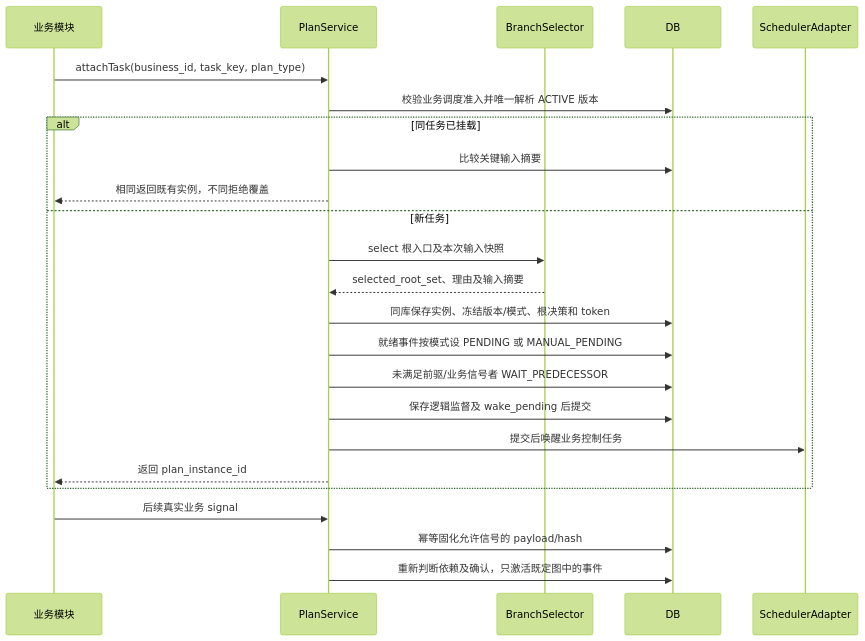
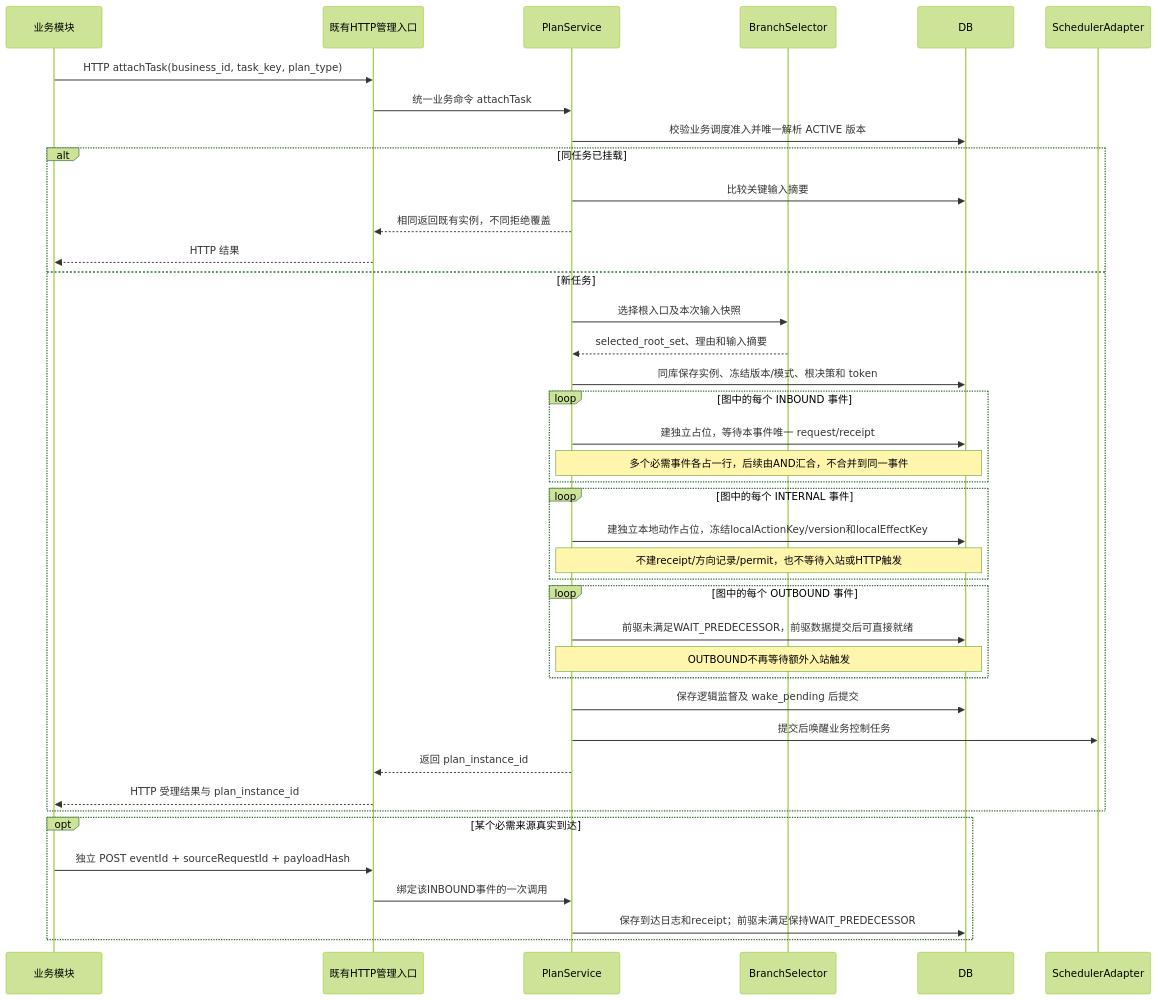
Before and after one commit to Yohmien/innolux-iws: the third of 36 diagrams in docs/plan-event-state-machine-sequences.md, drawn with Mermaid (forest theme). The commit also changed other lines of this file and 3 other files, not shown here.

Commit message:
docs(plan-event): 更新状态机设计与实施计划

````diff
--- a/docs/plan-event-state-machine-sequences.md
+++ b/docs/plan-event-state-machine-sequences.md
@@ -77,26 +146,42 @@
 ```mermaid
 sequenceDiagram
   participant A as 业务模块
+  participant H as 既有HTTP管理入口
   participant P as PlanService
   participant B as BranchSelector
   participant D as DB
   participant S as SchedulerAdapter
-  A->>P: attachTask(business_id, task_key, plan_type)
+  A->>H: HTTP attachTask(business_id, task_key, plan_type)
+  H->>P: 统一业务命令 attachTask
   P->>D: 校验业务调度准入并唯一解析 ACTIVE 版本
   alt 同任务已挂载
     P->>D: 比较关键输入摘要
-    P-->>A: 相同返回既有实例，不同拒绝覆盖
+    P-->>H: 相同返回既有实例，不同拒绝覆盖
+    H-->>A: HTTP 结果
   else 新任务
-    P->>B: select 根入口及本次输入快照
-    B-->>P: selected_root_set、理由及输入摘要
+    P->>B: 选择根入口及本次输入快照
+    B-->>P: selected_root_set、理由和输入摘要
     P->>D: 同库保存实例、冻结版本/模式、根决策和 token
-    P->>D: 就绪事件按模式设 PENDING 或 MANUAL_PENDING
-    P->>D: 未满足前驱/业务信号者 WAIT_PREDECESSOR
+    loop 图中的每个 INBOUND 事件
+      P->>D: 建独立占位，等待本事件唯一 request/receipt
+      Note over P,D: 多个必需事件各占一行，后续由AND汇合，不合并到同一事件
+    end
+    loop 图中的每个 INTERNAL 事件
+      P->>D: 建独立本地动作占位，冻结localActionKey/version和localEffectKey
+      Note over P,D: 不建receipt/方向记录/permit，也不等待入站或HTTP触发
+    end
+    loop 图中的每个 OUTBOUND 事件
+      P->>D: 前驱未满足WAIT_PREDECESSOR，前驱数据提交后可直接就绪
+      Note over P,D: OUTBOUND不再等待额外入站触发
+    end
     P->>D: 保存逻辑监督及 wake_pending 后提交
     P->>S: 提交后唤醒业务控制任务
-    P-->>A: 返回 plan_instance_id
+    P-->>H: 返回 plan_instance_id
+    H-->>A: HTTP 受理结果与 plan_instance_id
   end
-  A->>P: 后续真实业务 signal
-  P->>D: 幂等固化允许信号的 payload/hash
-  P->>D: 重新判断依赖及确认，只激活既定图中的事件
+  opt 某个必需来源真实到达
+    A->>H: 独立 POST eventId + sourceRequestId + payloadHash
+    H->>P: 绑定该INBOUND事件的一次调用
+    P->>D: 保存到达日志和receipt；前驱未满足保持WAIT_PREDECESSOR
+  end
 ```
````
